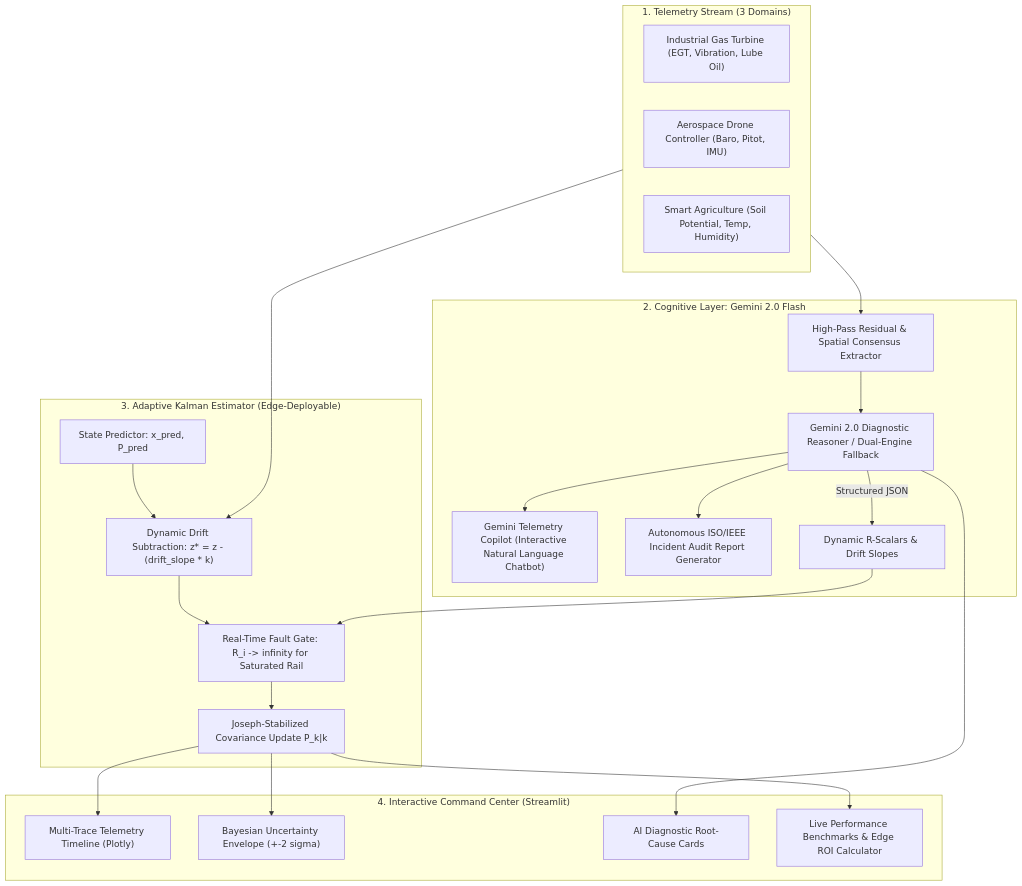
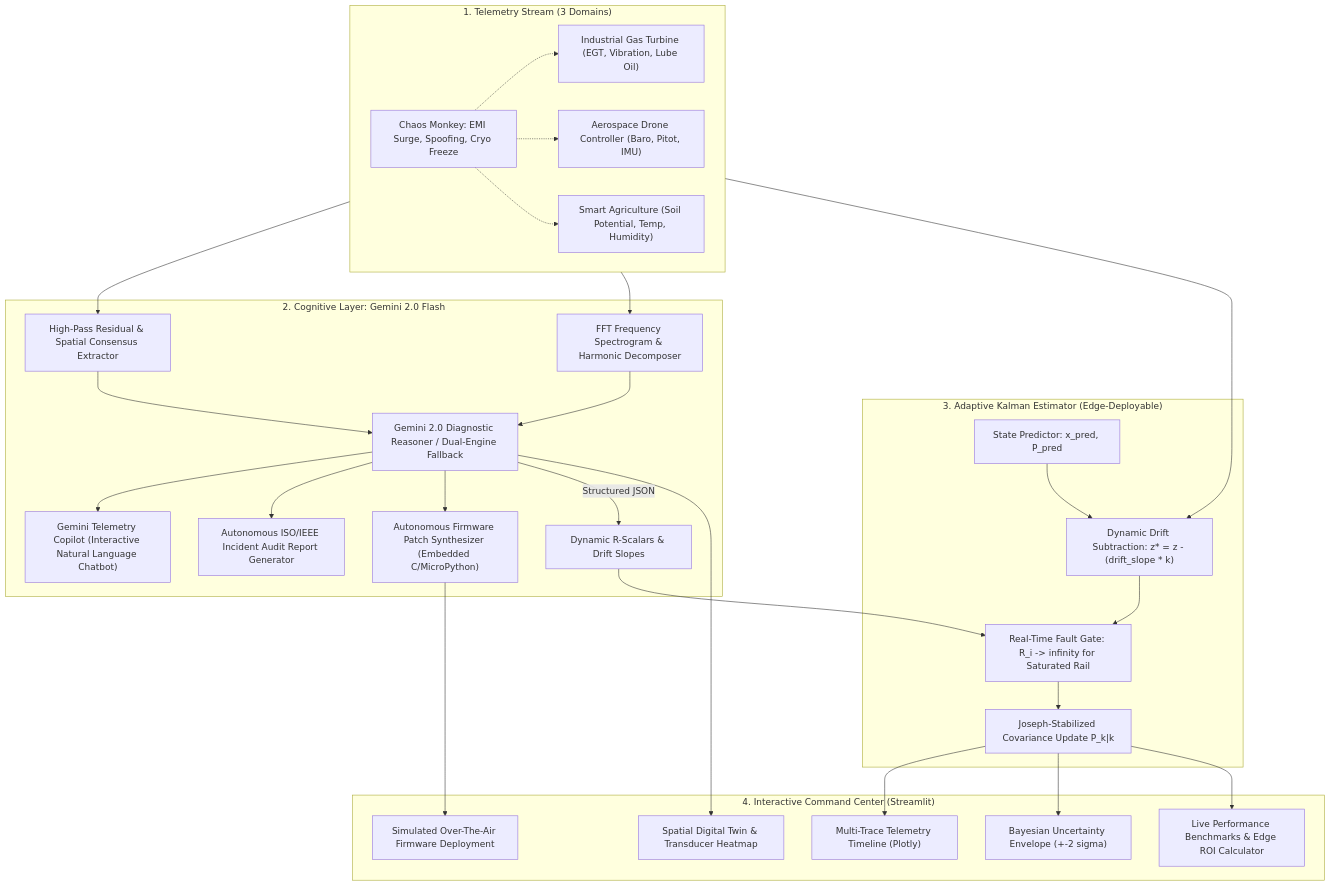
Before and after one commit to kush191008/sensor-fusion-gemini: the diagram in README.md, drawn with Mermaid. The commit also changed other lines of this file and 4 other files, not shown here.

Commit message:
feat: add Spatial Digital Twin, FFT Spectrogram, Autonomous Self-Healing Firmware, and Chaos Monkey cyber attacks

````diff
--- a/README.md
+++ b/README.md
@@ -42,41 +46,46 @@
 ```mermaid
 flowchart TD
     subgraph S["1. Telemetry Stream (3 Domains)"]
         S1["Industrial Gas Turbine (EGT, Vibration, Lube Oil)"]
         S2["Aerospace Drone Controller (Baro, Pitot, IMU)"]
         S3["Smart Agriculture (Soil Potential, Temp, Humidity)"]
+        CM["Chaos Monkey: EMI Surge, Spoofing, Cryo Freeze"]
+        CM -.-> S1 & S2 & S3
     end
 
     subgraph C["2. Cognitive Layer: Gemini 2.0 Flash"]
         FE["High-Pass Residual & Spatial Consensus Extractor"]
+        FFT["FFT Frequency Spectrogram & Harmonic Decomposer"]
         GM["Gemini 2.0 Diagnostic Reasoner / Dual-Engine Fallback"]
         CP["Gemini Telemetry Copilot (Interactive Natural Language Chatbot)"]
         AR["Autonomous ISO/IEEE Incident Audit Report Generator"]
+        SH["Autonomous Firmware Patch Synthesizer (Embedded C/MicroPython)"]
         FE --> GM
-        GM --> CP & AR
+        FFT --> GM
+        GM --> CP & AR & SH
         GM -->|Structured JSON| AD["Dynamic R-Scalars & Drift Slopes"]
     end
 
     subgraph K["3. Adaptive Kalman Estimator (Edge-Deployable)"]
         KS["State Predictor: x_pred, P_pred"]
         DC["Dynamic Drift Subtraction: z* = z - (drift_slope * k)"]
         GW["Real-Time Fault Gate: R_i -> infinity for Saturated Rail"]
         UP["Joseph-Stabilized Covariance Update P_k|k"]
         KS --> DC --> GW --> UP
     end
 
     subgraph O["4. Interactive Command Center (Streamlit)"]
         PL["Multi-Trace Telemetry Timeline (Plotly)"]
         UQ["Bayesian Uncertainty Envelope (+-2 sigma)"]
-        CD["AI Diagnostic Root-Cause Cards"]
+        DT["Spatial Digital Twin & Transducer Heatmap"]
+        OTA["Simulated Over-The-Air Firmware Deployment"]
         KP["Live Performance Benchmarks & Edge ROI Calculator"]
     end
 
-    S --> FE
+    S --> FE & FFT
     S --> DC
     AD --> GW
-    UP --> PL
-    UP --> UQ
-    GM --> CD
-    UP --> KP
+    UP --> PL & UQ & KP
+    GM --> DT
+    SH --> OTA
 ```
````
